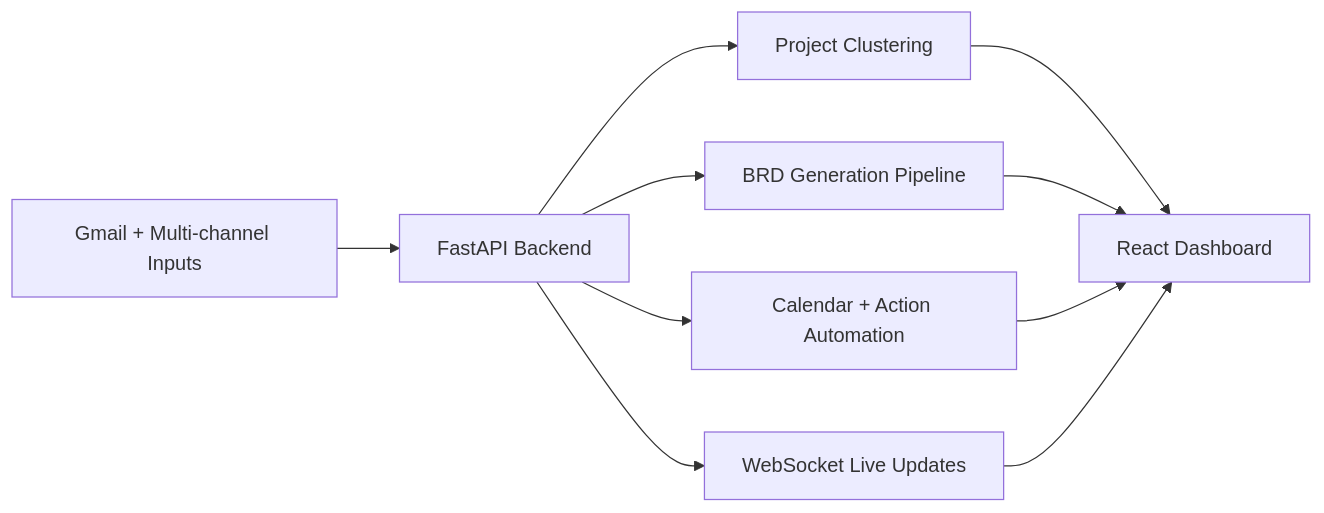
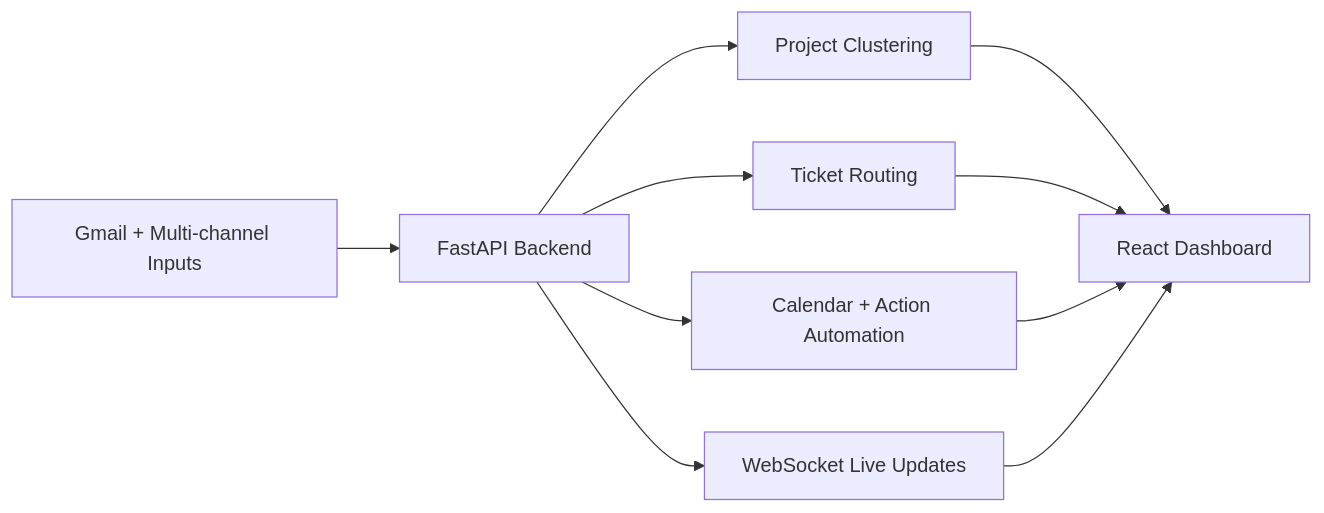
One commit to Atharva4906/Mlops-template- changed the diagram in README.md. Above: the diagram before and after it, drawn with Mermaid. The commit also changed other lines of this file and 51 other files, not shown here.

````diff
--- a/README.md
+++ b/README.md
@@ -14,12 +14,12 @@
 ```mermaid
 flowchart LR
   A[Gmail + Multi-channel Inputs] --> B[FastAPI Backend]
   B --> C[Project Clustering]
-  B --> D[BRD Generation Pipeline]
+  B --> D[Ticket Routing]
   B --> E[Calendar + Action Automation]
   B --> F[WebSocket Live Updates]
   C --> G[React Dashboard]
   D --> G
   E --> G
   F --> G
 ```
````
